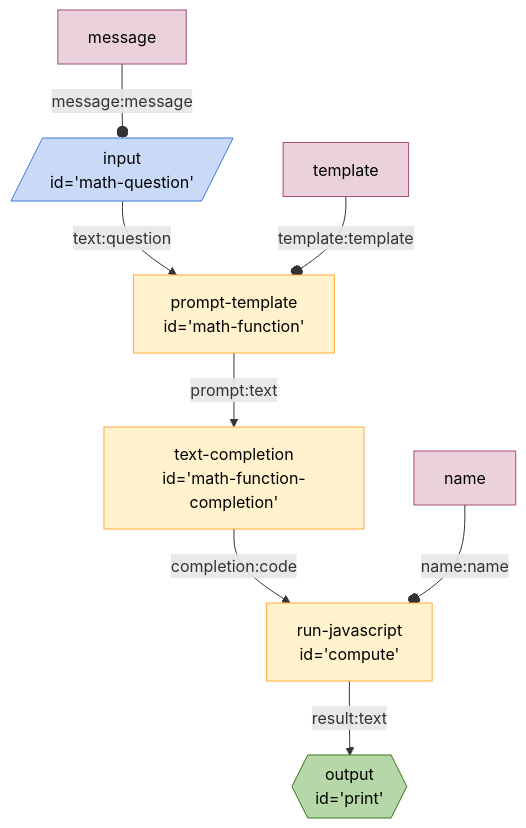
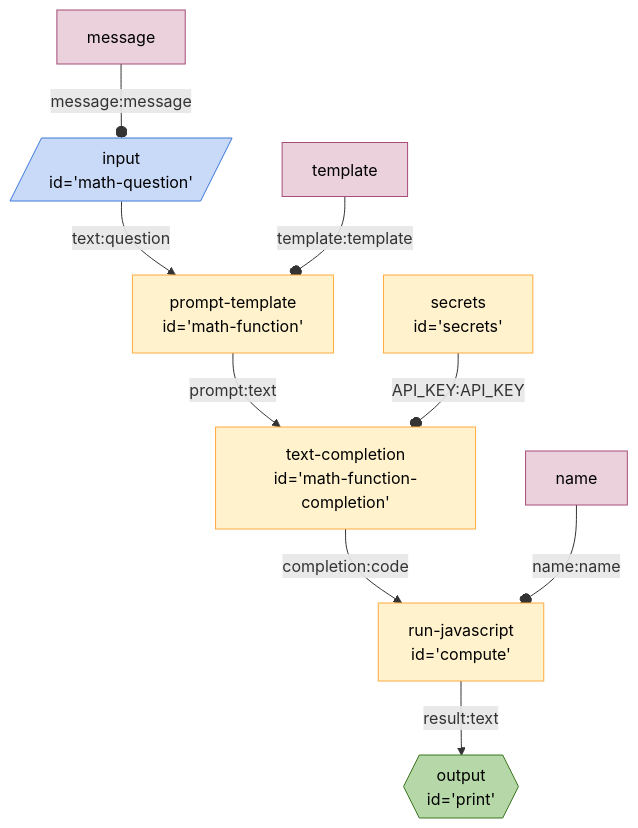
Before and after one commit to breadboard-ai/breadboard: the diagram in seeds/graph-playground/docs/graphs/math.md, drawn with Mermaid. The commit also changed 14 other files, not shown here.

Commit message:
[graphs] Update graph diagrams.

````diff
--- a/seeds/graph-playground/docs/graphs/math.md
+++ b/seeds/graph-playground/docs/graphs/math.md
@@ -4,26 +4,29 @@
 ```mermaid
 %%{init: 'themeVariables': { 'fontFamily': 'Fira Code, monospace' }}%%
 graph TD;
 mathquestion[/"input
 id='math-question'"/]:::input -- text:question --> mathfunction["prompt-template
 id='math-function'"]
 mathfunction["prompt-template
 id='math-function'"] -- prompt:text --> mathfunctioncompletion["text-completion
+id='math-function-completion'"]
+secrets["secrets
+id='secrets'"] -- API_KEY:API_KEY --o mathfunctioncompletion["text-completion
 id='math-function-completion'"]
 mathfunctioncompletion["text-completion
 id='math-function-completion'"] -- completion:code --> compute["run-javascript
 id='compute'"]
 compute["run-javascript
 id='compute'"] -- result:text --> print{{"output
 id='print'"}}:::output
 messagemathquestion[message]:::config -- message:message --o mathquestion
 templatemathfunction[template]:::config -- template:template --o mathfunction
 namecompute[name]:::config -- name:name --o compute
 classDef default stroke:#ffab40,fill:#fff2ccff,color:#000
 classDef input stroke:#3c78d8,fill:#c9daf8ff,color:#000
 classDef output stroke:#38761d,fill:#b6d7a8ff,color:#000
 classDef passthrough stroke:#a64d79,fill:#ead1dcff,color:#000
 classDef slot stroke:#a64d79,fill:#ead1dcff,color:#000
 classDef config stroke:#a64d79,fill:#ead1dcff,color:#000
 classDef slotted stroke:#a64d79
 ```
````
